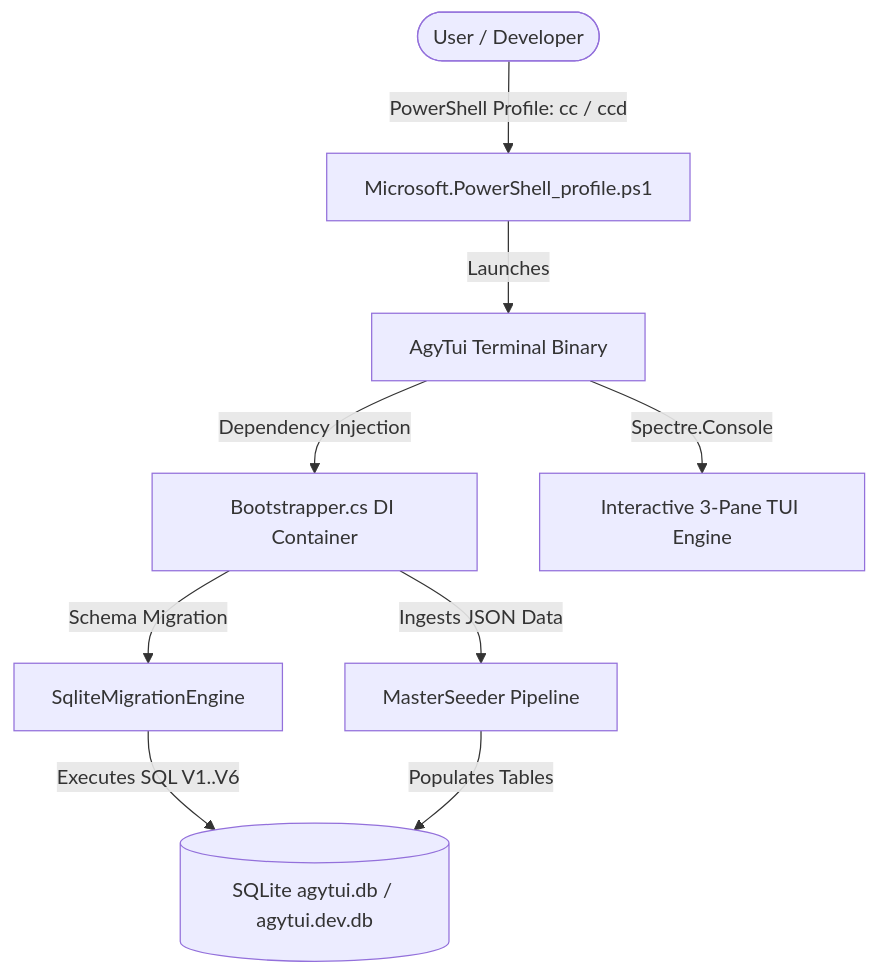
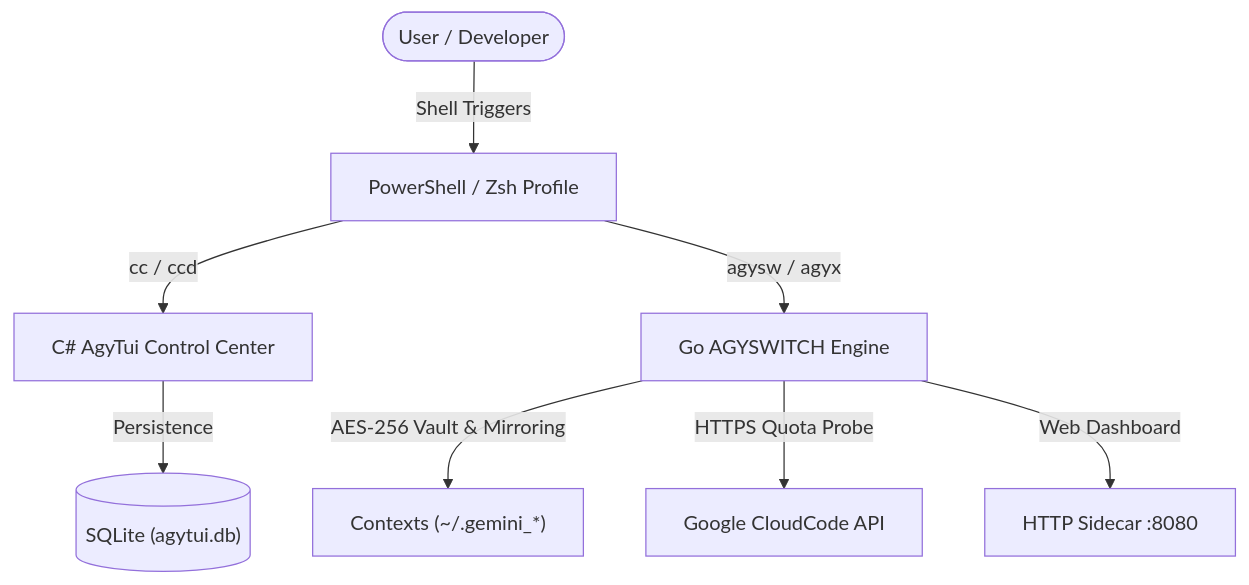
The diagram in docs/README.md (nhonvo/Powershell), drawn with Mermaid before and after one commit. The commit also changed other lines of this file and 754 other files, not shown here.

````diff
--- a/docs/README.md
+++ b/docs/README.md
@@ -24,11 +16,10 @@
 ```mermaid
 graph TD
-    User(["User / Developer"]) -->|PowerShell Profile: cc / ccd| PSProfile[Microsoft.PowerShell_profile.ps1]
-    PSProfile -->|Launches| TUIBinary[AgyTui Terminal Binary]
-    TUIBinary -->|Dependency Injection| Bootstrapper[Bootstrapper.cs DI Container]
-    Bootstrapper -->|Schema Migration| Migrator[SqliteMigrationEngine]
-    Bootstrapper -->|Ingests JSON Data| Seeder[MasterSeeder Pipeline]
-    Migrator -->|Executes SQL V1..V6| DB[("SQLite agytui.db / agytui.dev.db")]
-    Seeder -->|Populates Tables| DB
-    TUIBinary -->|Spectre.Console| UI[Interactive 3-Pane TUI Engine]
+    User([User / Developer]) -->|Shell Triggers| PS[PowerShell / Zsh Profile]
+    PS -->|cc / ccd| CSharpTui[C# AgyTui Control Center]
+    PS -->|agysw / agyx| GoEngine[Go AGYSWITCH Engine]
+    CSharpTui -->|Persistence| SqliteDB[("SQLite (agytui.db)")]
+    GoEngine -->|AES-256 Vault & Mirroring| GeminiDirs["Contexts (~/.gemini_*)"]
+    GoEngine -->|HTTPS Quota Probe| CloudCodeAPI[Google CloudCode API]
+    GoEngine -->|Web Dashboard| SidecarServer[HTTP Sidecar :8080]
 ```
````
